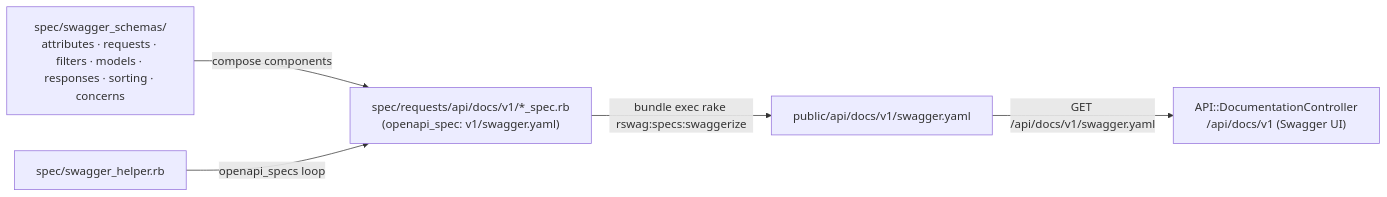
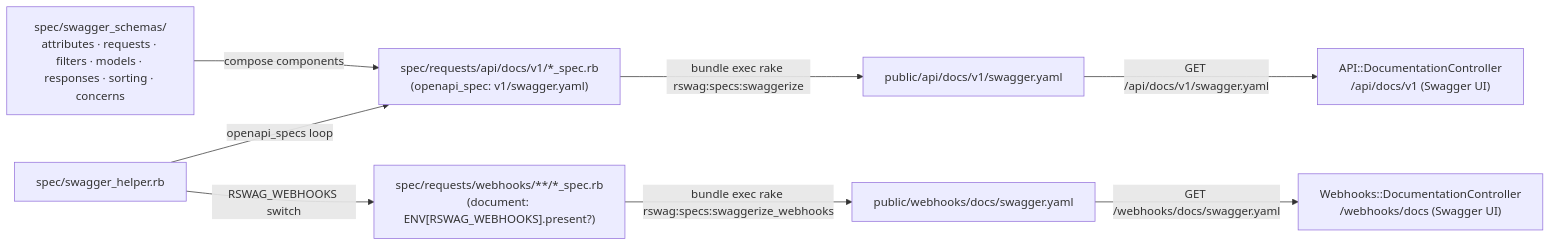
Before and after one commit to DFE-Digital/teacher-training-entitlement: the diagram in documentation/api/swagger.md, drawn with Mermaid. The commit also changed other lines of this file and 44 other files, not shown here.

````diff
--- a/documentation/api/swagger.md
+++ b/documentation/api/swagger.md
@@ -18,7 +22,10 @@
 ```mermaid
 flowchart LR
     Spec["spec/requests/api/docs/v1/*_spec.rb<br/>(openapi_spec: v1/swagger.yaml)"] -->|"bundle exec rake rswag:specs:swaggerize"| YAML["public/api/docs/v1/swagger.yaml"]
     YAML -->|"GET /api/docs/v1/swagger.yaml"| UI["API::DocumentationController<br/>/api/docs/v1 (Swagger UI)"]
     Schemas["spec/swagger_schemas/<br/>attributes · requests · filters · models · responses · sorting · concerns"] -->|"compose components"| Spec
     Helper["spec/swagger_helper.rb"] -->|"openapi_specs loop"| Spec
+    Helper -->|"RSWAG_WEBHOOKS switch"| WSpec["spec/requests/webhooks/**/*_spec.rb<br/>(document: ENV[RSWAG_WEBHOOKS].present?)"]
+    WSpec -->|"bundle exec rake rswag:specs:swaggerize_webhooks"| WYAML["public/webhooks/docs/swagger.yaml"]
+    WYAML -->|"GET /webhooks/docs/swagger.yaml"| WUI["Webhooks::DocumentationController<br/>/webhooks/docs (Swagger UI)"]
 ```
````
